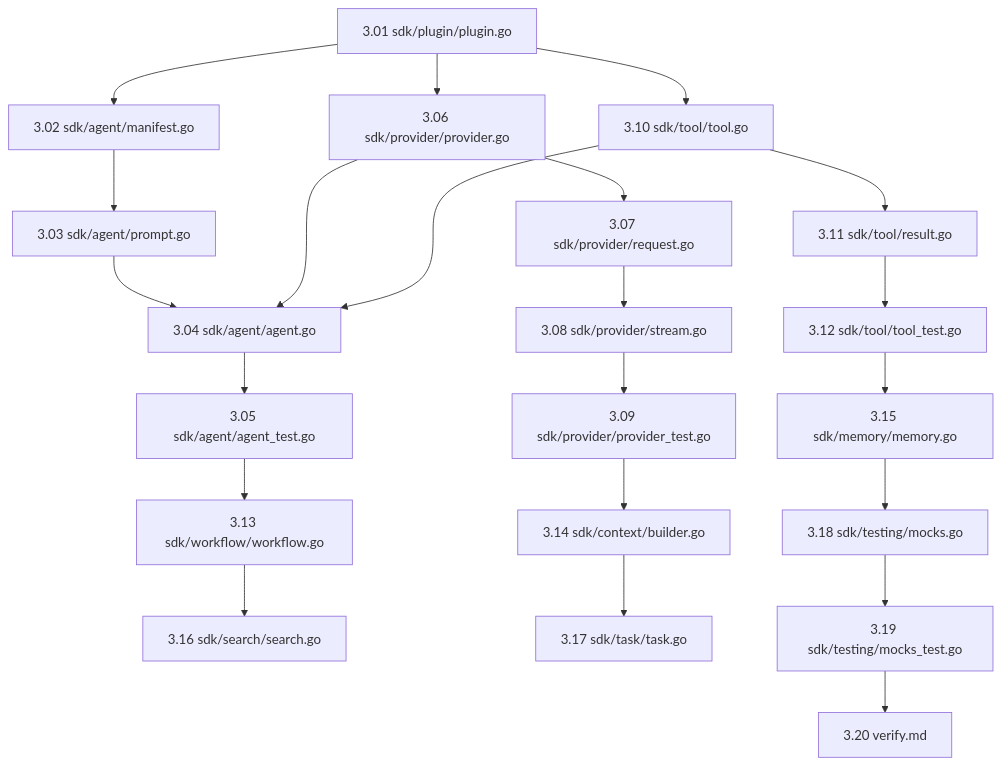
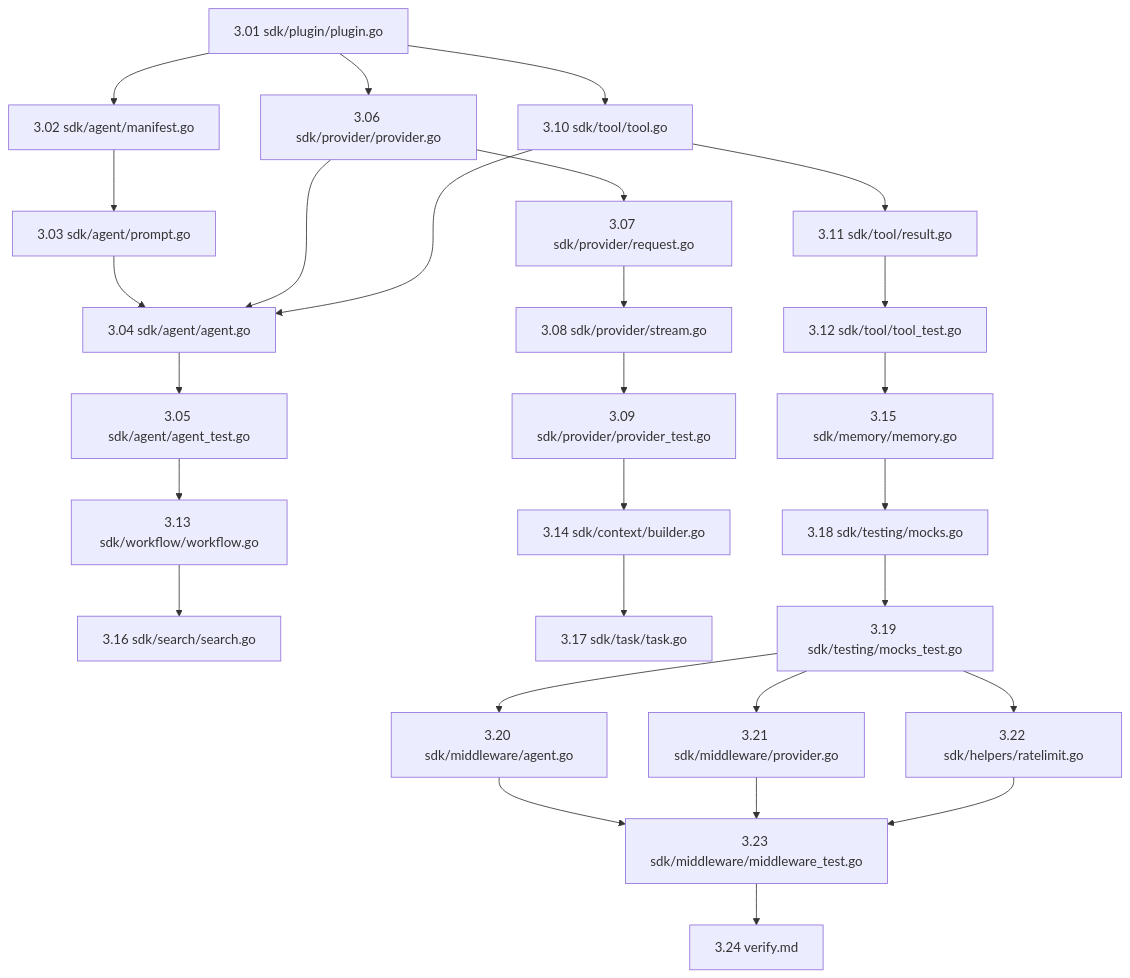
The diagram in docs/tasks/phase3/index.md (tiendat1751998/orchestrator), drawn with Mermaid before and after one commit. The commit also changed other lines of this file and 5 other files, not shown here.

Commit message:
docs: Detail and expand Phase 3 with Agent/Provider Middlewares and Rate Limiting helpers

````diff
--- a/docs/tasks/phase3/index.md
+++ b/docs/tasks/phase3/index.md
@@ -13,35 +13,42 @@
 ```mermaid
 graph TD
     %% Base Plugin SDK
     P3_01["3.01 sdk/plugin/plugin.go"] --> P3_02["3.02 sdk/agent/manifest.go"]
     P3_01 --> P3_06["3.06 sdk/provider/provider.go"]
     P3_01 --> P3_10["3.10 sdk/tool/tool.go"]
     
     %% Agent SDK
     P3_02 --> P3_03["3.03 sdk/agent/prompt.go"]
     P3_03 --> P3_04["3.04 sdk/agent/agent.go"]
     P3_06 --> P3_04
     P3_10 --> P3_04
     P3_04 --> P3_05["3.05 sdk/agent/agent_test.go"]
     
     %% Provider SDK
     P3_06 --> P3_07["3.07 sdk/provider/request.go"]
     P3_07 --> P3_08["3.08 sdk/provider/stream.go"]
     P3_08 --> P3_09["3.09 sdk/provider/provider_test.go"]
     
     %% Tool SDK
     P3_10 --> P3_11["3.11 sdk/tool/result.go"]
     P3_11 --> P3_12["3.12 sdk/tool/tool_test.go"]
     
     %% Support & Skeletons SDK
     P3_05 --> P3_13["3.13 sdk/workflow/workflow.go"]
     P3_09 --> P3_14["3.14 sdk/context/builder.go"]
     P3_12 --> P3_15["3.15 sdk/memory/memory.go"]
     
     P3_13 --> P3_16["3.16 sdk/search/search.go"]
     P3_14 --> P3_17["3.17 sdk/task/task.go"]
     P3_15 --> P3_18["3.18 sdk/testing/mocks.go"]
     
     P3_18 --> P3_19["3.19 sdk/testing/mocks_test.go"]
-    P3_19 --> P3_20["3.20 verify.md"]
+    P3_19 --> P3_20["3.20 sdk/middleware/agent.go"]
+    P3_19 --> P3_21["3.21 sdk/middleware/provider.go"]
+    P3_19 --> P3_22["3.22 sdk/helpers/ratelimit.go"]
+    
+    P3_20 --> P3_23["3.23 sdk/middleware/middleware_test.go"]
+    P3_21 --> P3_23
+    P3_22 --> P3_23
+    P3_23 --> P3_24["3.24 verify.md"]
 ```
````
